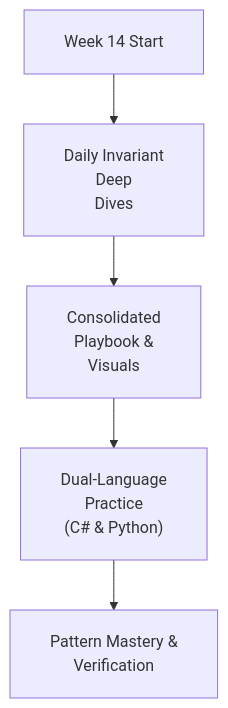
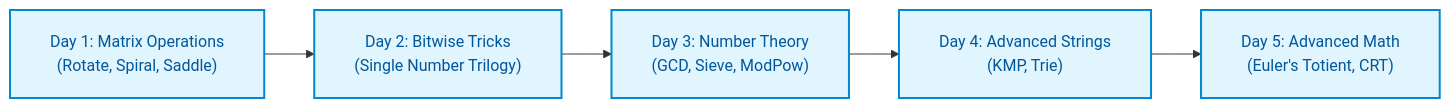
The diagram in week_14_matrix_backtracking_bits/README.md (dip4k/DSA_102), drawn with Mermaid before and after one commit. The commit also changed other lines of this file and 147 other files, not shown here.

First line of the commit message:
feat(curriculum): enrich Weeks 01-19 instructional modules & resolve repository-wide Mermaid cutoff

````diff
--- a/week_14_matrix_backtracking_bits/README.md
+++ b/week_14_matrix_backtracking_bits/README.md
@@ -16,8 +13,12 @@
 ```mermaid
 %%{init: {"flowchart": {"htmlLabels": true, "padding": 20}, "themeCSS": "foreignObject { overflow: visible !important; }"}}%%
-flowchart TD
-    Start["Week 14 Start"] --> Daily["Daily Invariant<br/>Deep<br/>Dives"]
-    Daily --> Playbook["Consolidated<br/>Playbook &<br/>Visuals"]
-    Playbook --> DualLang["Dual-Language<br/>Practice<br/>(C# & Python)"]
-    DualLang --> Mastery["Pattern Mastery &<br/>Verification"]
+flowchart LR
+    D1["Day 1: Matrix Operations<br/>(Rotate, Spiral, Saddle)"] --> D2["Day 2: Bitwise Tricks<br/>(Single Number Trilogy)"]
+    D2 --> D3["Day 3: Number Theory<br/>(GCD, Sieve, ModPow)"]
+    D3 --> D4["Day 4: Advanced Strings<br/>(KMP, Trie)"]
+    D4 --> D5["Day 5: Advanced Math<br/>(Euler's Totient, CRT)"]
+
+    classDef default fill:#f8f9fa,stroke:#37474f,stroke-width:2px,color:#263238
+    classDef dayNode fill:#e1f5fe,stroke:#0288d1,stroke-width:2px,color:#01579b
+    class D1,D2,D3,D4,D5 dayNode
 ```
````
